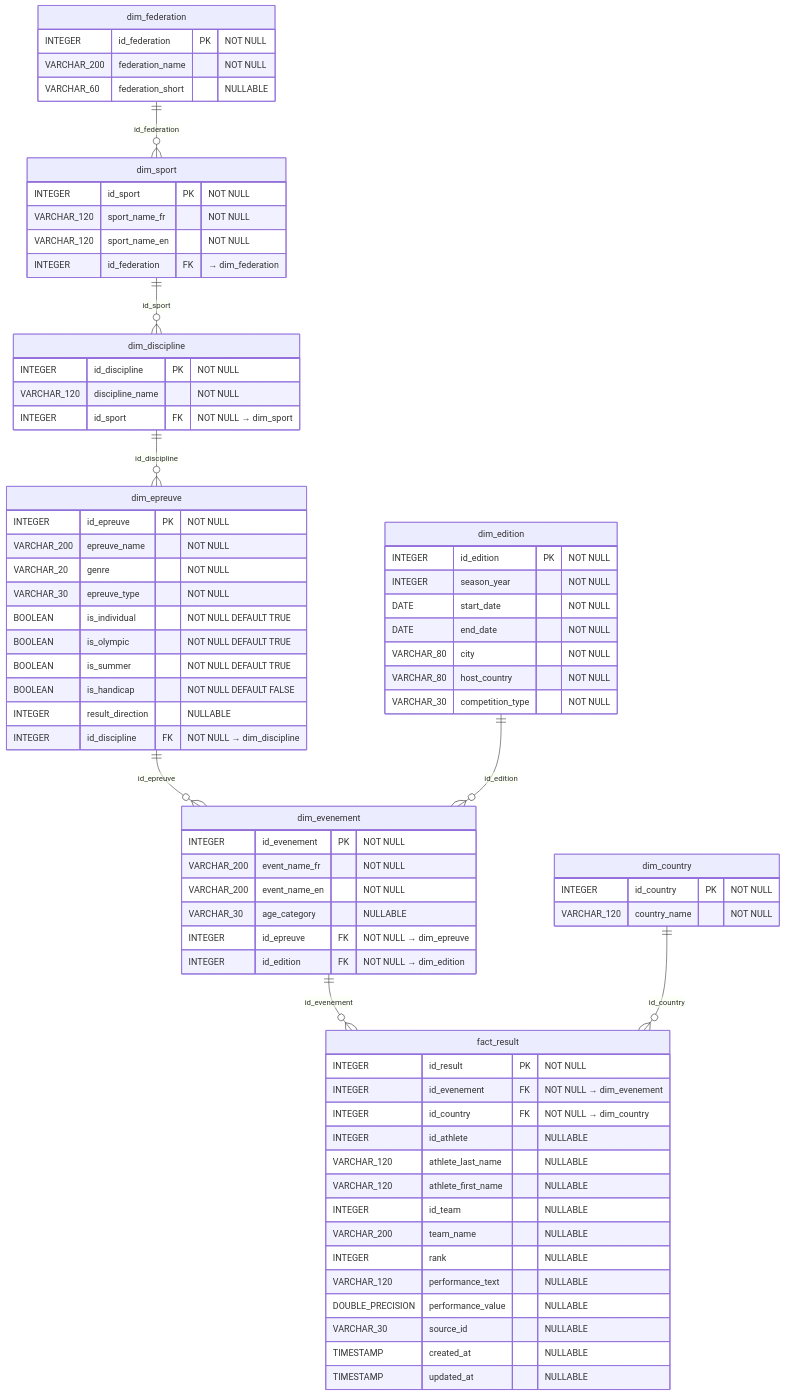
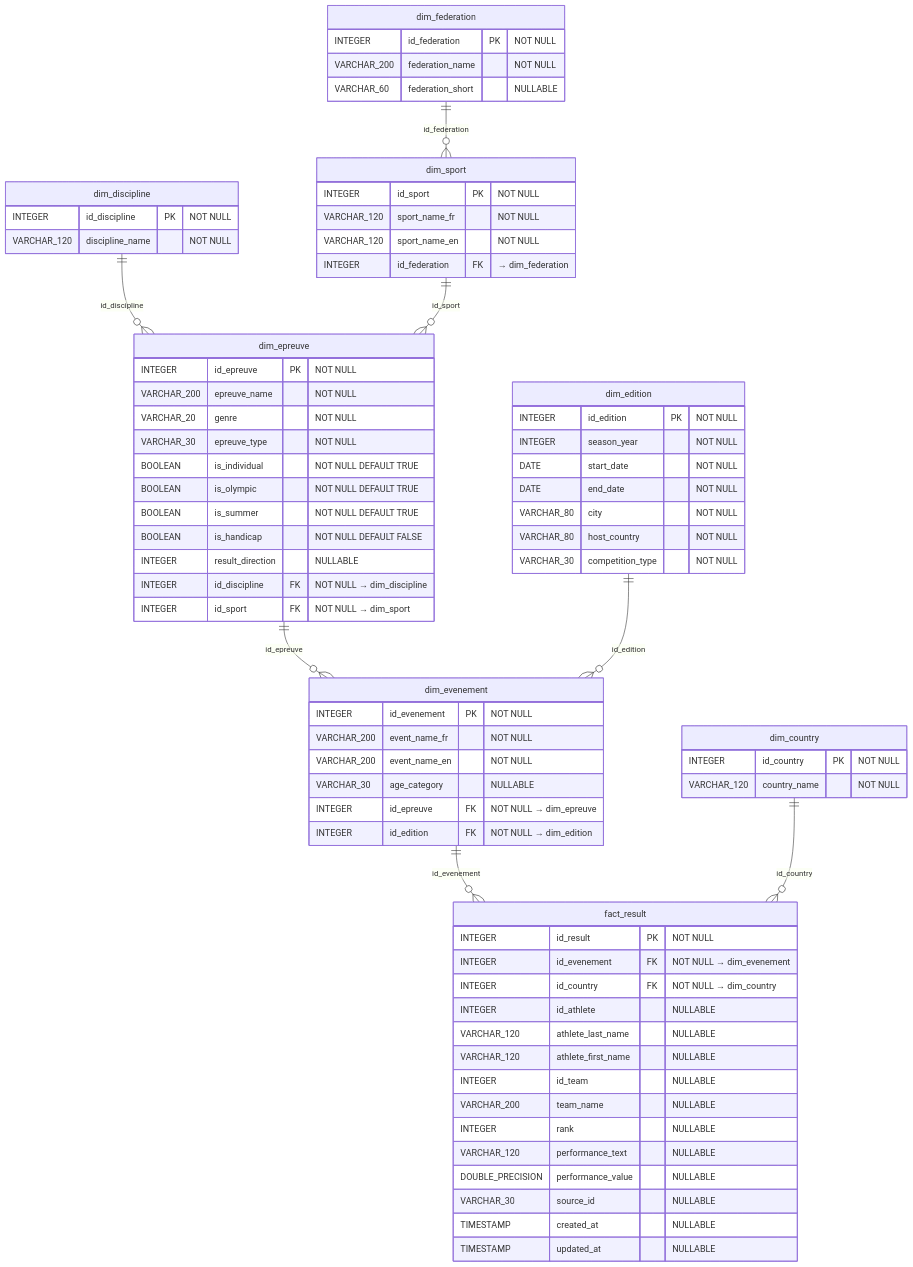
Before and after one commit to Daria-data/stream-score-stack: the diagram in docs/merise_mpd.md, drawn with Mermaid. The commit also changed other lines of this file and 16 other files, not shown here.

```diff
--- a/docs/merise_mpd.md
+++ b/docs/merise_mpd.md
@@ -57,7 +57,6 @@
     dim_discipline {
         INTEGER id_discipline PK "NOT NULL"
         VARCHAR_120 discipline_name "NOT NULL"
-        INTEGER id_sport FK "NOT NULL → dim_sport"
     }
 
     dim_epreuve {
@@ -71,6 +70,7 @@
         BOOLEAN is_handicap "NOT NULL DEFAULT FALSE"
         INTEGER result_direction "NULLABLE"
         INTEGER id_discipline FK "NOT NULL → dim_discipline"
+        INTEGER id_sport FK "NOT NULL → dim_sport"
     }
 
     dim_edition {
@@ -110,8 +110,8 @@
     }
 
     dim_federation ||--o{ dim_sport : "id_federation"
-    dim_sport ||--o{ dim_discipline : "id_sport"
     dim_discipline ||--o{ dim_epreuve : "id_discipline"
+    dim_sport ||--o{ dim_epreuve : "id_sport"
     dim_epreuve ||--o{ dim_evenement : "id_epreuve"
     dim_edition ||--o{ dim_evenement : "id_edition"
     dim_evenement ||--o{ fact_result : "id_evenement"
```
